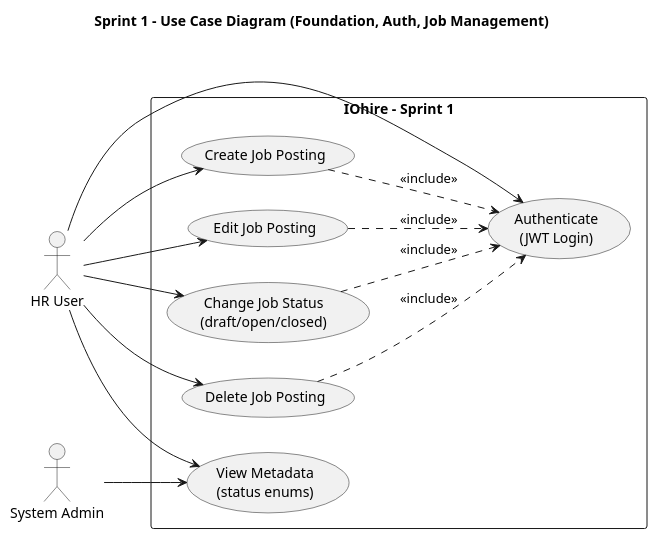
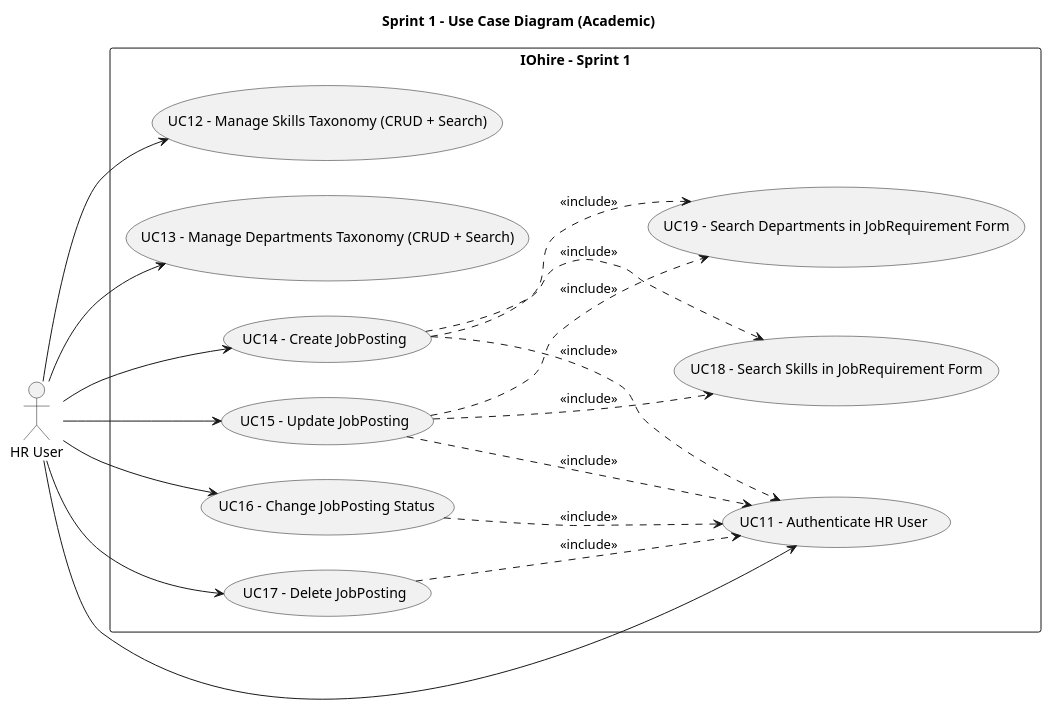
One commit to OussamaRhimi/IOhire changed the diagram in docs/uml/sprint1_usecase.puml. Above: the diagram before and after it, drawn with PlantUML. The commit also changed other lines of this file and 37 other files, not shown here.

```diff
--- a/docs/uml/sprint1_usecase.puml
+++ b/docs/uml/sprint1_usecase.puml
@@ -1,32 +1,38 @@
 @startuml
-title Sprint 1 - Use Case Diagram (Foundation, Auth, Job Management)
+title Sprint 1 - Use Case Diagram (Academic)
 left to right direction
 skinparam packageStyle rectangle
+skinparam shadowing false
 
 actor "HR User" as HR
-actor "System Admin" as SA
 
 rectangle "IOhire - Sprint 1" {
-  usecase "Authenticate\n(JWT Login)" as UC_Login
-  usecase "Create Job Posting" as UC_CreateJob
-  usecase "Edit Job Posting" as UC_EditJob
-  usecase "Change Job Status\n(draft/open/closed)" as UC_ChangeStatus
-  usecase "Delete Job Posting" as UC_DeleteJob
-  usecase "View Metadata\n(status enums)" as UC_Meta
+  usecase "UC11 - Authenticate HR User" as UC11
+  usecase "UC12 - Manage Skills Taxonomy (CRUD + Search)" as UC12
+  usecase "UC13 - Manage Departments Taxonomy (CRUD + Search)" as UC13
+  usecase "UC14 - Create JobPosting" as UC14
+  usecase "UC15 - Update JobPosting" as UC15
+  usecase "UC16 - Change JobPosting Status" as UC16
+  usecase "UC17 - Delete JobPosting" as UC17
+  usecase "UC18 - Search Skills in JobRequirement Form" as UC18
+  usecase "UC19 - Search Departments in JobRequirement Form" as UC19
 }
 
-HR --> UC_Login
-HR --> UC_CreateJob
-HR --> UC_EditJob
-HR --> UC_ChangeStatus
-HR --> UC_DeleteJob
-HR --> UC_Meta
+HR --> UC11
+HR --> UC12
+HR --> UC13
+HR --> UC14
+HR --> UC15
+HR --> UC16
+HR --> UC17
 
-SA --> UC_Meta
-
-UC_CreateJob ..> UC_Login : <<include>>
-UC_EditJob ..> UC_Login : <<include>>
-UC_ChangeStatus ..> UC_Login : <<include>>
-UC_DeleteJob ..> UC_Login : <<include>>
+UC14 ..> UC11 : <<include>>
+UC14 ..> UC18 : <<include>>
+UC14 ..> UC19 : <<include>>
+UC15 ..> UC11 : <<include>>
+UC15 ..> UC18 : <<include>>
+UC15 ..> UC19 : <<include>>
+UC16 ..> UC11 : <<include>>
+UC17 ..> UC11 : <<include>>
 
 @enduml
```
